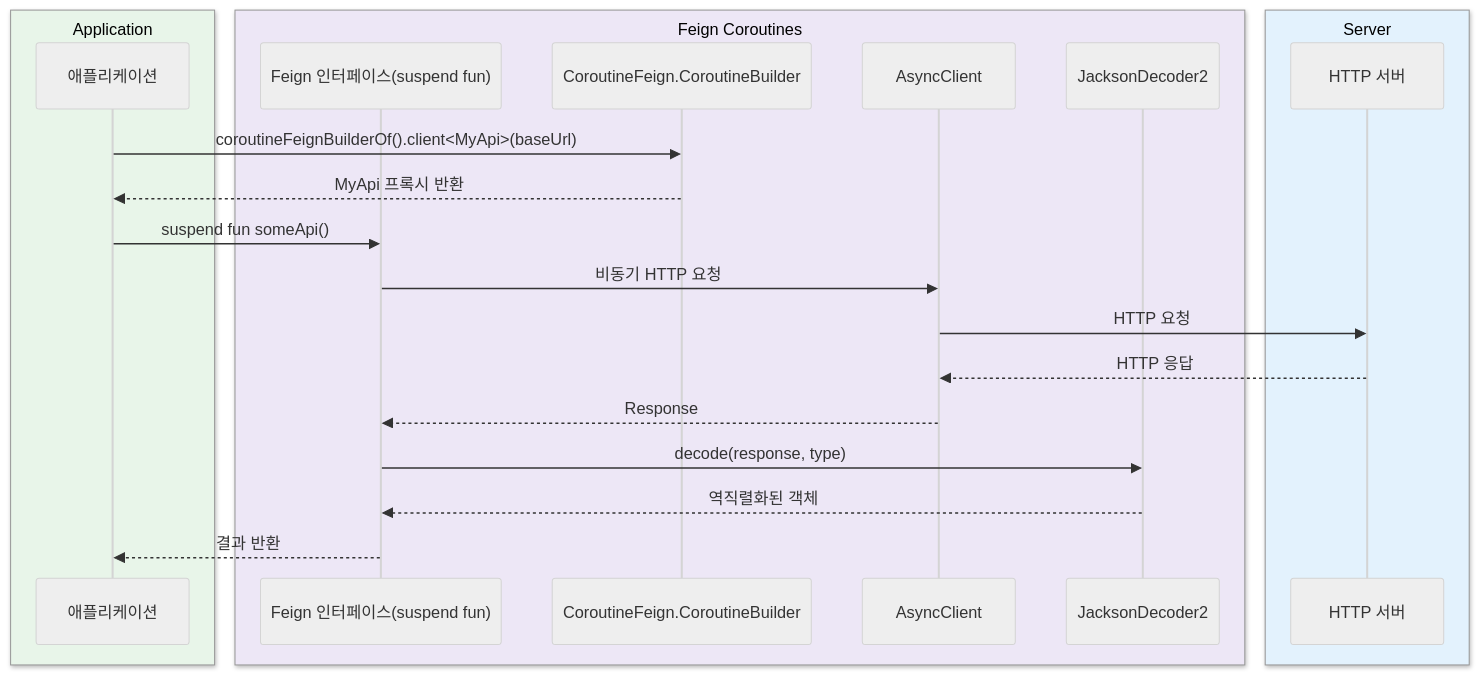
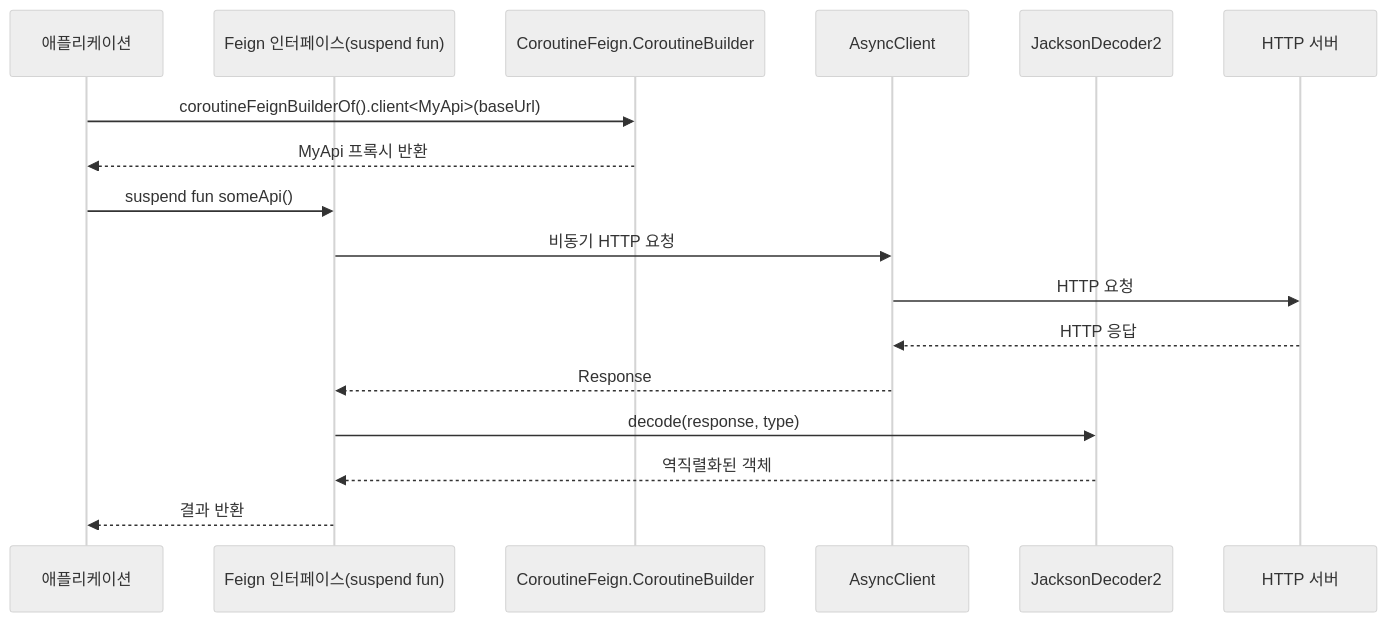
One commit to bluetape4k/bluetape4k-projects changed the fourth of 4 diagrams in io/feign/README.ko.md. Above: the diagram before and after it, drawn with Mermaid (neutral theme). The commit also changed other lines of this file and 219 other files, not shown here.

First line of the commit message:
docs: 전체 README Mermaid 다이어그램 가이드 적용

````diff
--- a/io/feign/README.ko.md
+++ b/io/feign/README.ko.md
@@ -171,27 +171,21 @@
 ```mermaid
 sequenceDiagram
-    box rgb(232, 245, 233) Application
         participant App as 애플리케이션
-    end
-    box rgb(237, 231, 246) Feign Coroutines
         participant API as Feign 인터페이스(suspend fun)
         participant CB as CoroutineFeign.CoroutineBuilder
         participant AC as AsyncClient
         participant Codec as JacksonDecoder2
-    end
-    box rgb(227, 242, 253) Server
         participant Server as HTTP 서버
-    end
 
     App->>CB: coroutineFeignBuilderOf().client<MyApi>(baseUrl)
     CB-->>App: MyApi 프록시 반환
 
     App->>API: suspend fun someApi()
     API->>AC: 비동기 HTTP 요청
     AC->>Server: HTTP 요청
     Server-->>AC: HTTP 응답
     AC-->>API: Response
     API->>Codec: decode(response, type)
     Codec-->>API: 역직렬화된 객체
     API-->>App: 결과 반환
 ```
````
